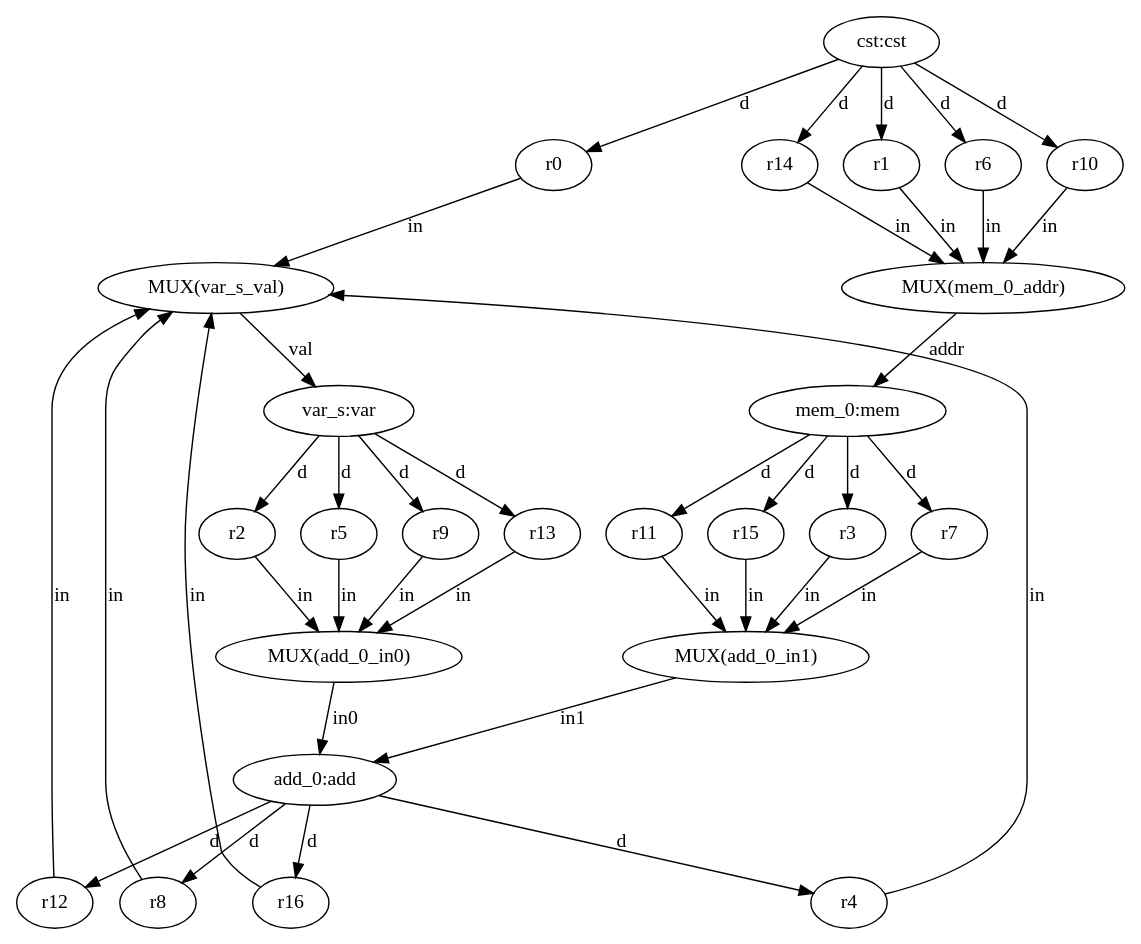
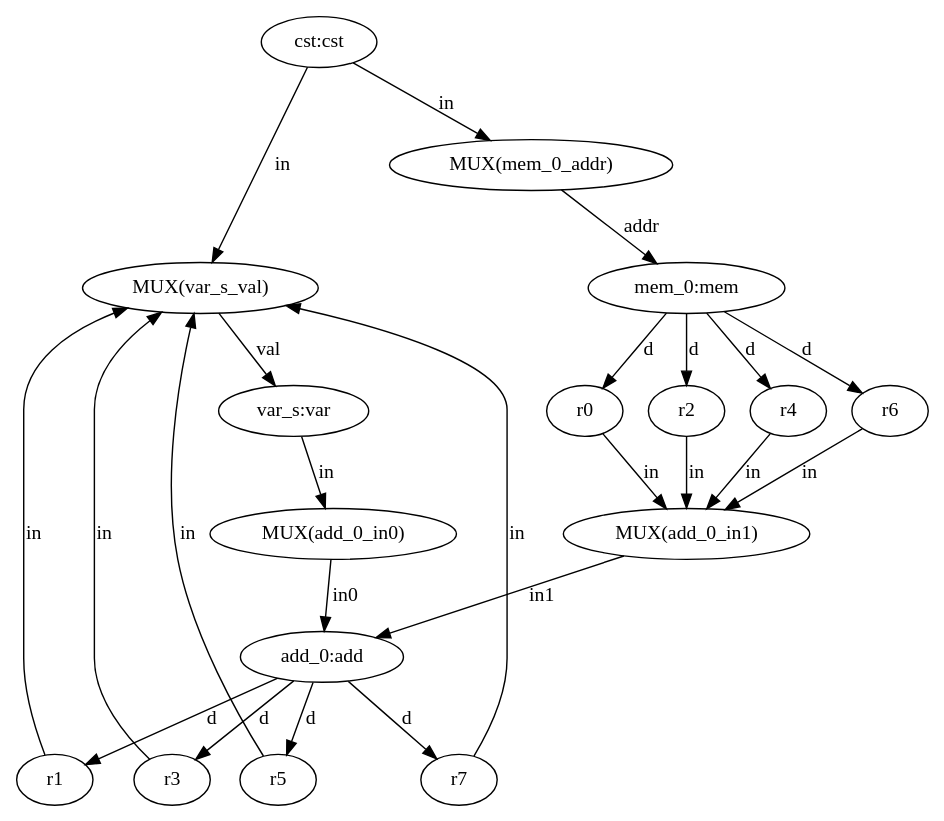
One commit to ma-carrillo/High-level-synthesis-assignment changed the diagram in test12/datapath.dot. Above: the diagram before and after it, drawn with Graphviz. The commit also changed 16 other files, not shown here.

```diff
--- a/test12/datapath.dot
+++ b/test12/datapath.dot
@@ -1,65 +1,41 @@
 digraph "datapath" {
   n0 [label="cst:cst"];
   n1 [label="var_s:var"];
   n2 [label="mem_0:mem"];
   n3 [label="add_0:add"];
   n4 [label="r0"];
   n5 [label="r1"];
   n6 [label="r2"];
   n7 [label="r3"];
   n8 [label="r4"];
   n9 [label="r5"];
   n10 [label="r6"];
   n11 [label="r7"];
-  n12 [label="r8"];
-  n13 [label="r9"];
-  n14 [label="r10"];
-  n15 [label="r11"];
-  n16 [label="r12"];
-  n17 [label="r13"];
-  n18 [label="r14"];
-  n19 [label="r15"];
-  n20 [label="r16"];
-  n21 [label="MUX(var_s_val)"];
-  n22 [label="MUX(mem_0_addr)"];
-  n23 [label="MUX(add_0_in0)"];
-  n24 [label="MUX(add_0_in1)"];
-  n0 -> n4 [label="d"];
-  n0 -> n5 [label="d"];
-  n0 -> n10 [label="d"];
-  n0 -> n14 [label="d"];
-  n0 -> n18 [label="d"];
-  n1 -> n6 [label="d"];
-  n1 -> n9 [label="d"];
-  n1 -> n13 [label="d"];
-  n1 -> n17 [label="d"];
-  n2 -> n7 [label="d"];
-  n2 -> n11 [label="d"];
-  n2 -> n15 [label="d"];
-  n2 -> n19 [label="d"];
-  n3 -> n8 [label="d"];
-  n3 -> n12 [label="d"];
-  n3 -> n16 [label="d"];
-  n3 -> n20 [label="d"];
-  n4 -> n21 [label="in"];
-  n5 -> n22 [label="in"];
-  n6 -> n23 [label="in"];
-  n7 -> n24 [label="in"];
-  n8 -> n21 [label="in"];
-  n9 -> n23 [label="in"];
-  n10 -> n22 [label="in"];
-  n11 -> n24 [label="in"];
-  n12 -> n21 [label="in"];
-  n13 -> n23 [label="in"];
-  n14 -> n22 [label="in"];
-  n15 -> n24 [label="in"];
-  n16 -> n21 [label="in"];
-  n17 -> n23 [label="in"];
-  n18 -> n22 [label="in"];
-  n19 -> n24 [label="in"];
-  n20 -> n21 [label="in"];
-  n21 -> n1 [label="val"];
-  n22 -> n2 [label="addr"];
-  n23 -> n3 [label="in0"];
-  n24 -> n3 [label="in1"];
+  n12 [label="MUX(var_s_val)"];
+  n13 [label="MUX(mem_0_addr)"];
+  n14 [label="MUX(add_0_in0)"];
+  n15 [label="MUX(add_0_in1)"];
+  n0 -> n12 [label="in"];
+  n0 -> n13 [label="in"];
+  n1 -> n14 [label="in"];
+  n2 -> n4 [label="d"];
+  n2 -> n6 [label="d"];
+  n2 -> n8 [label="d"];
+  n2 -> n10 [label="d"];
+  n3 -> n5 [label="d"];
+  n3 -> n7 [label="d"];
+  n3 -> n9 [label="d"];
+  n3 -> n11 [label="d"];
+  n4 -> n15 [label="in"];
+  n5 -> n12 [label="in"];
+  n6 -> n15 [label="in"];
+  n7 -> n12 [label="in"];
+  n8 -> n15 [label="in"];
+  n9 -> n12 [label="in"];
+  n10 -> n15 [label="in"];
+  n11 -> n12 [label="in"];
+  n12 -> n1 [label="val"];
+  n13 -> n2 [label="addr"];
+  n14 -> n3 [label="in0"];
+  n15 -> n3 [label="in1"];
 }
```
